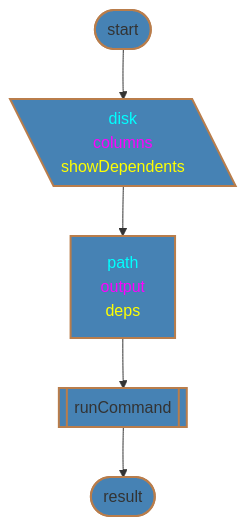
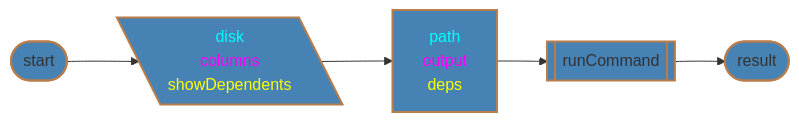
Before and after one commit to 7s4e/p3: the first of 4 diagrams in pyScripts/docs/commands.md, drawn with Mermaid. The commit also changed other lines of this file and 7 other files, not shown here.

````diff
--- a/pyScripts/docs/commands.md
+++ b/pyScripts/docs/commands.md
@@ -8,17 +8,17 @@
 ```mermaid
-flowchart
+flowchart LR
     classDef shape fill:#4682b4,stroke:#b97d4b,stroke-width:2px
     STRT([start]):::shape
         STRT --> ARGS
     ARGS[\"<span style='color:cyan;'>disk</span>
            <span style='color:magenta;'>columns</span>
            <span style='color:yellow;'>showDependents</span>"\]:::shape
         ARGS --> SPOD
     SPOD["<span style='color:cyan;'>path</span>
            <span style='color:magenta;'>output</span>
            <span style='color:yellow;'>deps</span>"]:::shape
         SPOD --> RCMD
     RCMD[[runCommand]]:::shape
         RCMD --> RTRN
     RTRN([result]):::shape
 ```
````
